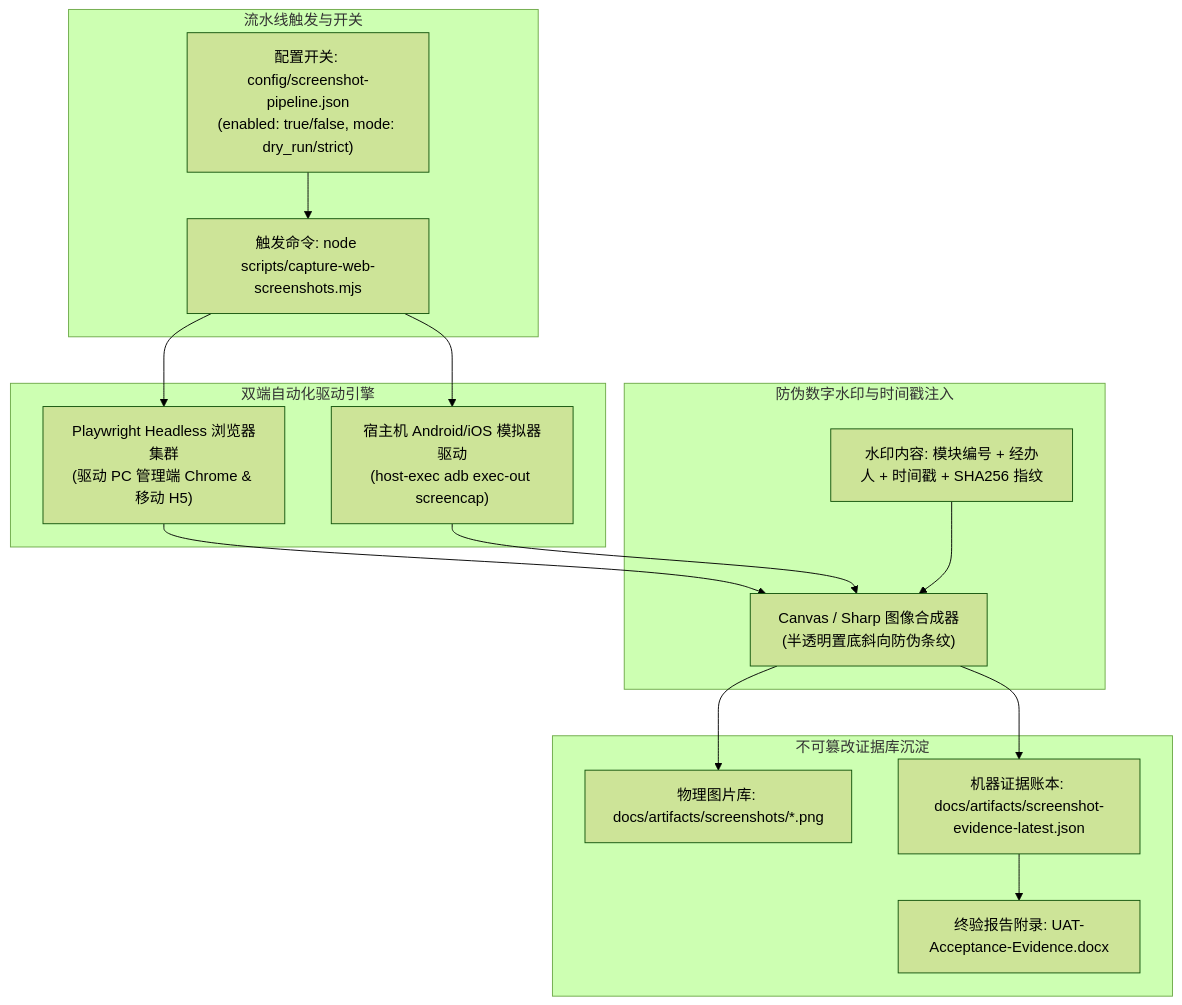
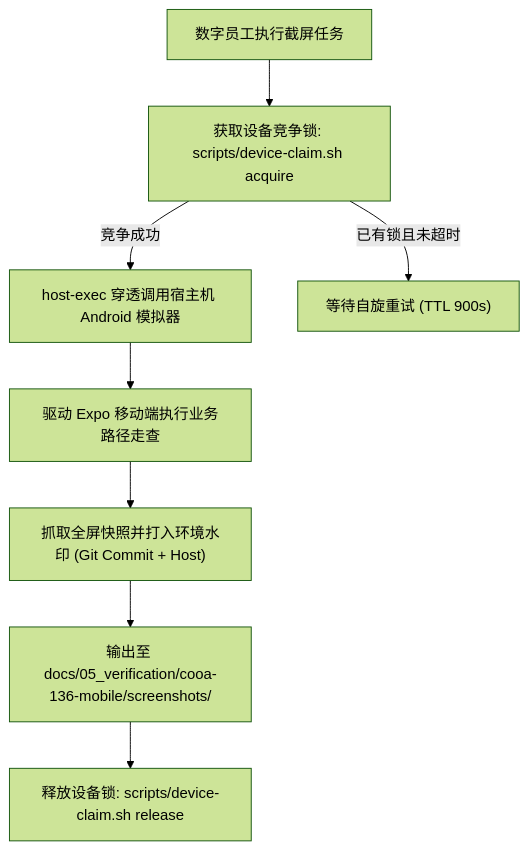
Before and after one commit to xaicd/coolie: the diagram in docs/03_design/screenshot-automation-spec.md, drawn with Mermaid (forest theme). The commit also changed other lines of this file and 28 other files, not shown here.

````diff
--- a/docs/03_design/screenshot-automation-spec.md
+++ b/docs/03_design/screenshot-automation-spec.md
@@ -23,33 +22,10 @@
 ```mermaid
 flowchart TD
-    subgraph Trigger_Layer [流水线触发与开关]
-        CONF["配置开关: config/screenshot-pipeline.json\n(enabled: true/false, mode: dry_run/strict)"]
-        CLI["触发命令: node scripts/capture-web-screenshots.mjs"]
-    end
-
-    subgraph Driver_Layer [双端自动化驱动引擎]
-        PW["Playwright Headless 浏览器集群\n(驱动 PC 管理端 Chrome & 移动 H5)"]
-        ADB["宿主机 Android/iOS 模拟器驱动\n(host-exec adb exec-out screencap)"]
-    end
-
-    subgraph Watermark_Engine [防伪数字水印与时间戳注入]
-        WM_INFO["水印内容: 模块编号 + 经办人 + 时间戳 + SHA256 指纹"]
-        WM_CANVAS["Canvas / Sharp 图像合成器\n(半透明置底斜向防伪条纹)"]
-    end
-
-    subgraph Artifact_Output [不可篡改证据库沉淀]
-        IMG_DIR["物理图片库: docs/artifacts/screenshots/*.png"]
-        JSON_LEDGER["机器证据账本: docs/artifacts/screenshot-evidence-latest.json"]
-        DOCX_BUNDLE["终验报告附录: UAT-Acceptance-Evidence.docx"]
-    end
-
-    CONF --> CLI
-    CLI --> PW
-    CLI --> ADB
-    PW --> WM_CANVAS
-    ADB --> WM_CANVAS
-    WM_INFO --> WM_CANVAS
-    WM_CANVAS --> IMG_DIR
-    WM_CANVAS --> JSON_LEDGER
-    JSON_LEDGER --> DOCX_BUNDLE
+    A["数字员工执行截屏任务"] --> B["获取设备竞争锁: scripts/device-claim.sh acquire"]
+    B -->|竞争成功| C["host-exec 穿透调用宿主机 Android 模拟器"]
+    B -->|已有锁且未超时| B2["等待自旋重试 (TTL 900s)"]
+    C --> D["驱动 Expo 移动端执行业务路径走查"]
+    D --> E["抓取全屏快照并打入环境水印 (Git Commit + Host)"]
+    E --> F["输出至 docs/05_verification/cooa-136-mobile/screenshots/"]
+    F --> G["释放设备锁: scripts/device-claim.sh release"]
 ```
````
